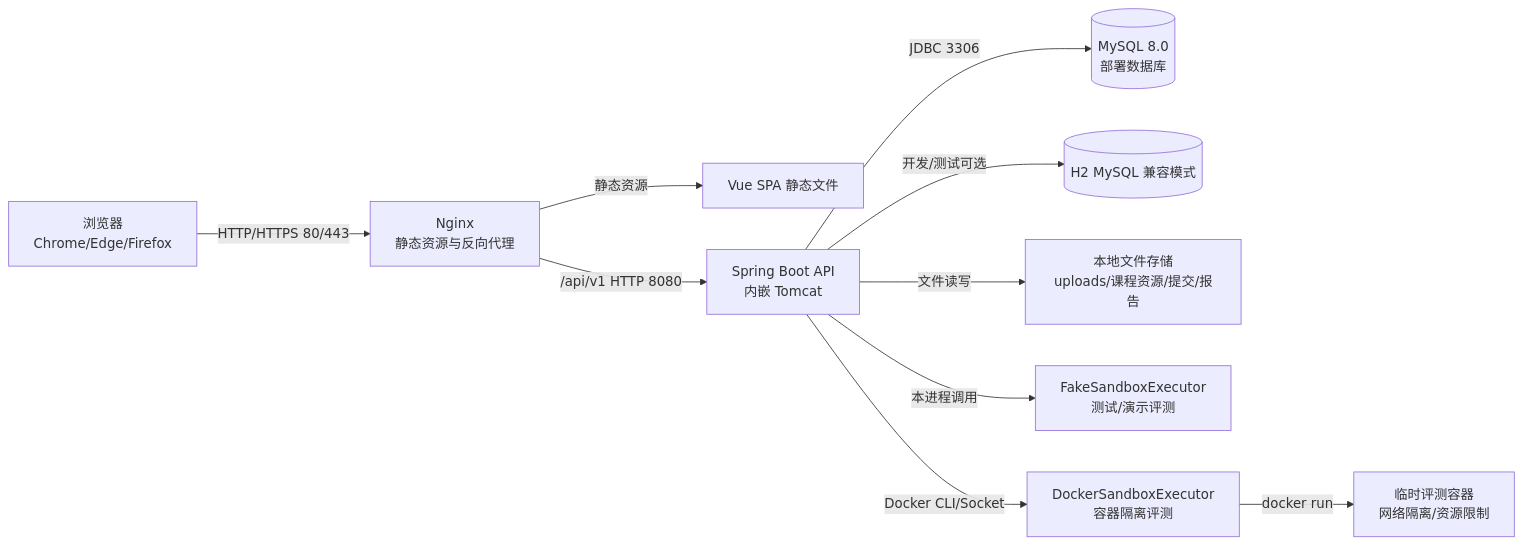
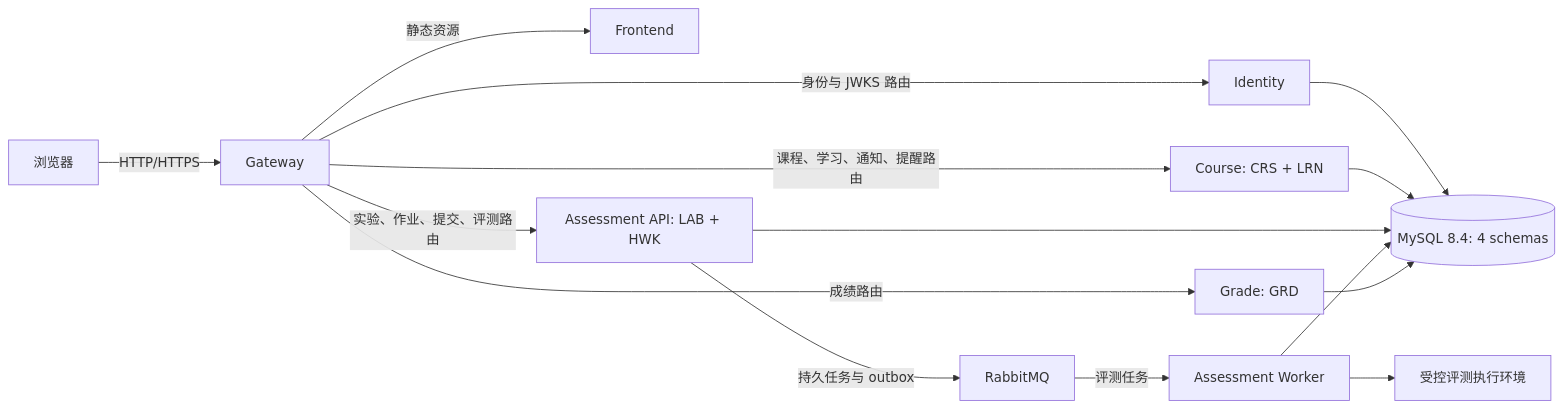
Before and after one commit to Cr4zyorange/OnlineJudge: the fifth of 33 diagrams in submission/02_docs/editable/final/软件概要设计说明书.md, drawn with Mermaid. The commit also changed other lines of this file and 1 other file, not shown here.

````diff
--- a/submission/02_docs/editable/final/软件概要设计说明书.md
+++ b/submission/02_docs/editable/final/软件概要设计说明书.md
@@ -1011,12 +990,17 @@
 ```mermaid
 graph LR
-    Browser[浏览器<br/>Chrome/Edge/Firefox] -->|HTTP/HTTPS 80/443| Nginx[Nginx<br/>静态资源与反向代理]
-    Nginx -->|静态资源| Frontend[Vue SPA 静态文件]
-    Nginx -->|/api/v1 HTTP 8080| Backend[Spring Boot API<br/>内嵌 Tomcat]
-    Backend -->|JDBC 3306| MySQL[(MySQL 8.0<br/>部署数据库)]
-    Backend -->|开发/测试可选| H2[(H2 MySQL 兼容模式)]
-    Backend -->|文件读写| Storage[本地文件存储<br/>uploads/课程资源/提交/报告]
-    Backend -->|本进程调用| FakeEval[FakeSandboxExecutor<br/>测试/演示评测]
-    Backend -->|Docker CLI/Socket| DockerEval[DockerSandboxExecutor<br/>容器隔离评测]
-    DockerEval -->|docker run| Container[临时评测容器<br/>网络隔离/资源限制]
+    Browser[浏览器] -->|HTTP/HTTPS| Gateway[Gateway]
+    Gateway -->|静态资源| Frontend[Frontend]
+    Gateway -->|身份与 JWKS 路由| Identity[Identity]
+    Gateway -->|课程、学习、通知、提醒路由| Course[Course: CRS + LRN]
+    Gateway -->|实验、作业、提交、评测路由| AssessmentApi[Assessment API: LAB + HWK]
+    Gateway -->|成绩路由| Grade[Grade: GRD]
+    AssessmentApi -->|持久任务与 outbox| RabbitMQ[RabbitMQ]
+    RabbitMQ -->|评测任务| AssessmentWorker[Assessment Worker]
+    Identity --> MySQL[(MySQL 8.4: 4 schemas)]
+    Course --> MySQL
+    AssessmentApi --> MySQL
+    AssessmentWorker --> MySQL
+    Grade --> MySQL
+    AssessmentWorker --> Sandbox[受控评测执行环境]
 ```
````
